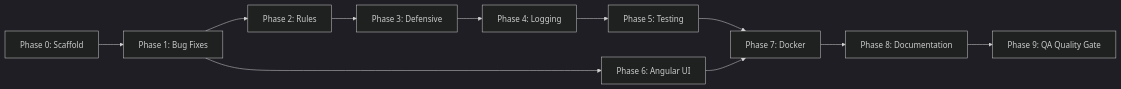
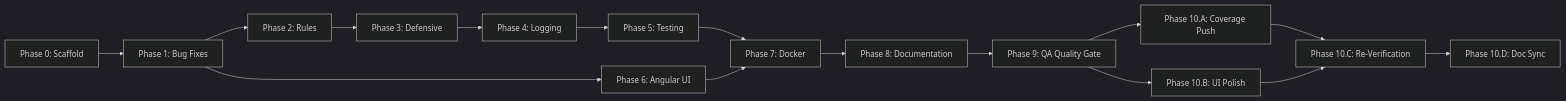
One commit to JijiTheCreator/Stargate-API changed the diagram in package/exercise1/CHECKLIST.md. Above: the diagram before and after it, drawn with Mermaid (dark theme). The commit also changed other lines of this file and 12 other files, not shown here.

````diff
--- a/package/exercise1/CHECKLIST.md
+++ b/package/exercise1/CHECKLIST.md
@@ -161,13 +197,18 @@
 ```mermaid
 graph LR
     P0[Phase 0: Scaffold] --> P1[Phase 1: Bug Fixes]
     P1 --> P2[Phase 2: Rules]
     P2 --> P3[Phase 3: Defensive]
     P3 --> P4[Phase 4: Logging]
     P4 --> P5[Phase 5: Testing]
     P1 --> P6[Phase 6: Angular UI]
     P5 --> P7[Phase 7: Docker]
     P6 --> P7
     P7 --> P8[Phase 8: Documentation]
     P8 --> P9[Phase 9: QA Quality Gate]
+    P9 --> P10A[Phase 10.A: Coverage Push]
+    P9 --> P10B[Phase 10.B: UI Polish]
+    P10A --> P10C[Phase 10.C: Re-Verification]
+    P10B --> P10C
+    P10C --> P10D[Phase 10.D: Doc Sync]
 ```
````
